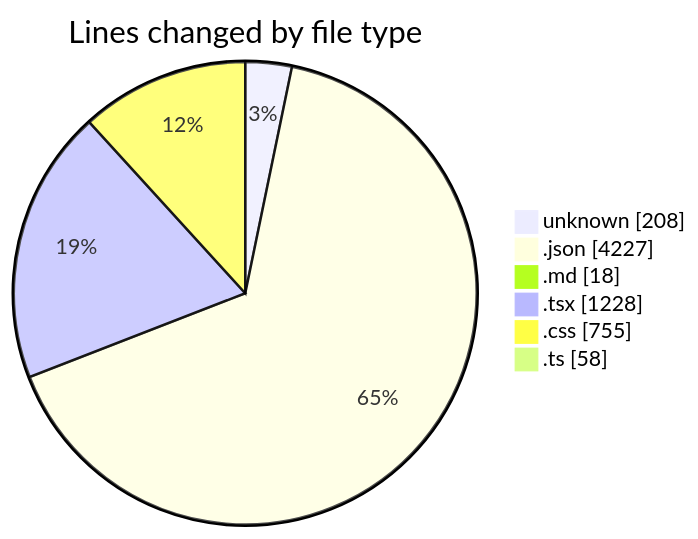
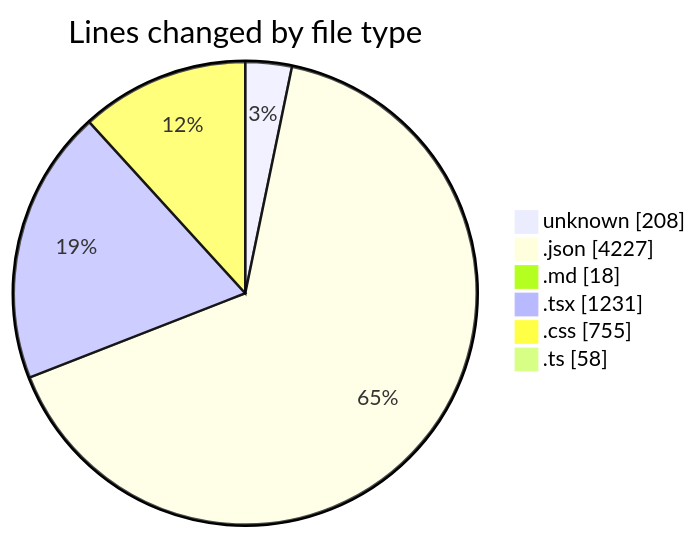
One commit to EIIisD/code-tracking changed the first of 2 diagrams in 2025-08-07/ribbon/README.md. Above: the diagram before and after it, drawn with Mermaid. The commit also changed other lines of this file and 1 other file, not shown here.

````diff
--- a/2025-08-07/ribbon/README.md
+++ b/2025-08-07/ribbon/README.md
@@ -36,10 +36,10 @@
 ```mermaid
 pie showData
 title Lines changed by file type
 "unknown" : 208
 ".json" : 4227
 ".md" : 18
-".tsx" : 1228
+".tsx" : 1231
 ".css" : 755
 ".ts" : 58
 ```
````
